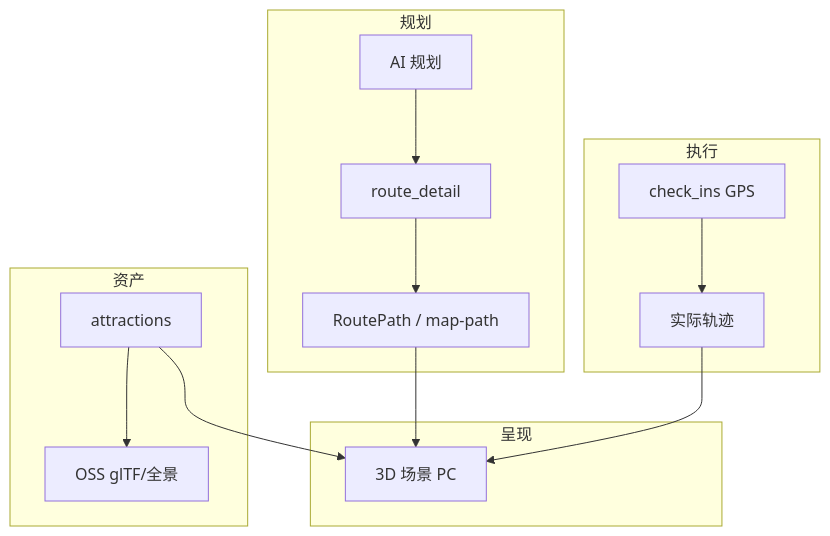
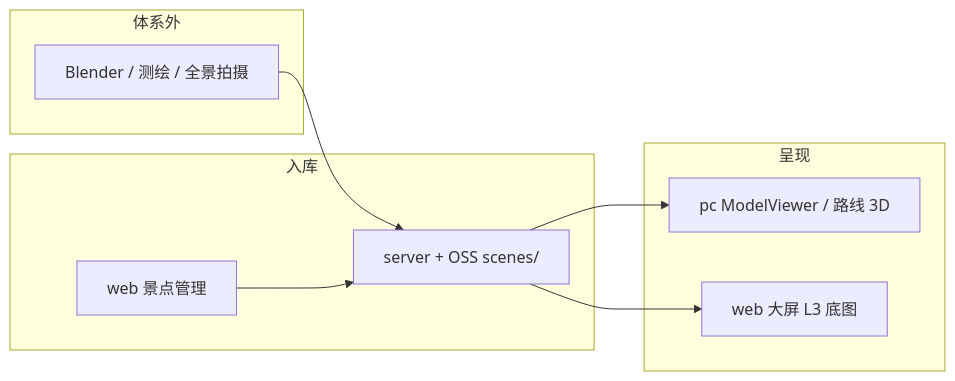
One commit to yxtao-lab/douxing changed the diagram in docs/数字孪生与三维建模.md. Above: the diagram before and after it, drawn with Mermaid. The commit also changed other lines of this file and 8 other files, not shown here.

````diff
--- a/docs/数字孪生与三维建模.md
+++ b/docs/数字孪生与三维建模.md
@@ -160,18 +51,17 @@
 ```mermaid
-flowchart TB
-  subgraph 规划
-    AI[AI 规划] --> RD[route_detail]
-    RD --> RP[RoutePath / map-path]
+flowchart LR
+  subgraph 体系外
+    BL[Blender / 测绘 / 全景拍摄]
   end
-  subgraph 执行
-    CI[check_ins GPS] --> TR[实际轨迹]
-  end
-  subgraph 资产
-    ATT[attractions] --> OSS[OSS glTF/全景]
+  subgraph 入库
+    WEB[web 景点管理]
+    SRV[server + OSS scenes/]
   end
   subgraph 呈现
-    RP --> V3D[3D 场景 PC]
-    TR --> V3D
-    ATT --> V3D
+    PC[pc ModelViewer / 路线 3D]
+    SCR[web 大屏 L3 底图]
   end
+  BL --> SRV
+  WEB --> SRV
+  SRV --> PC & SCR
 ```
````
